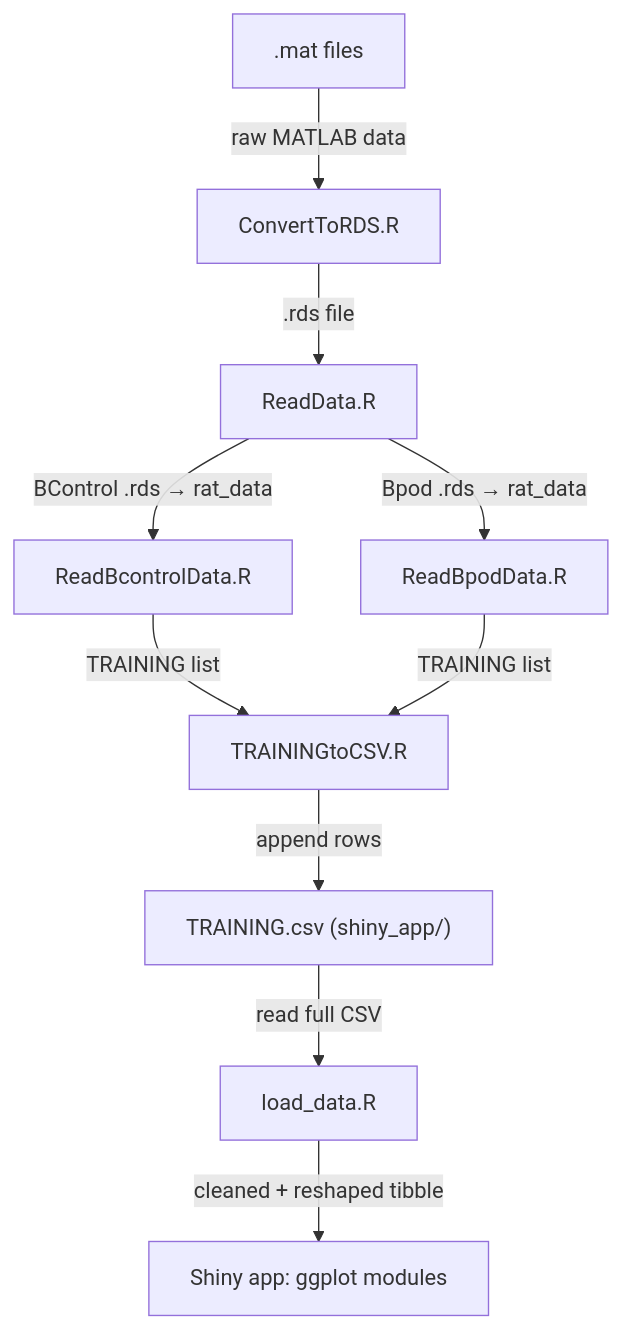
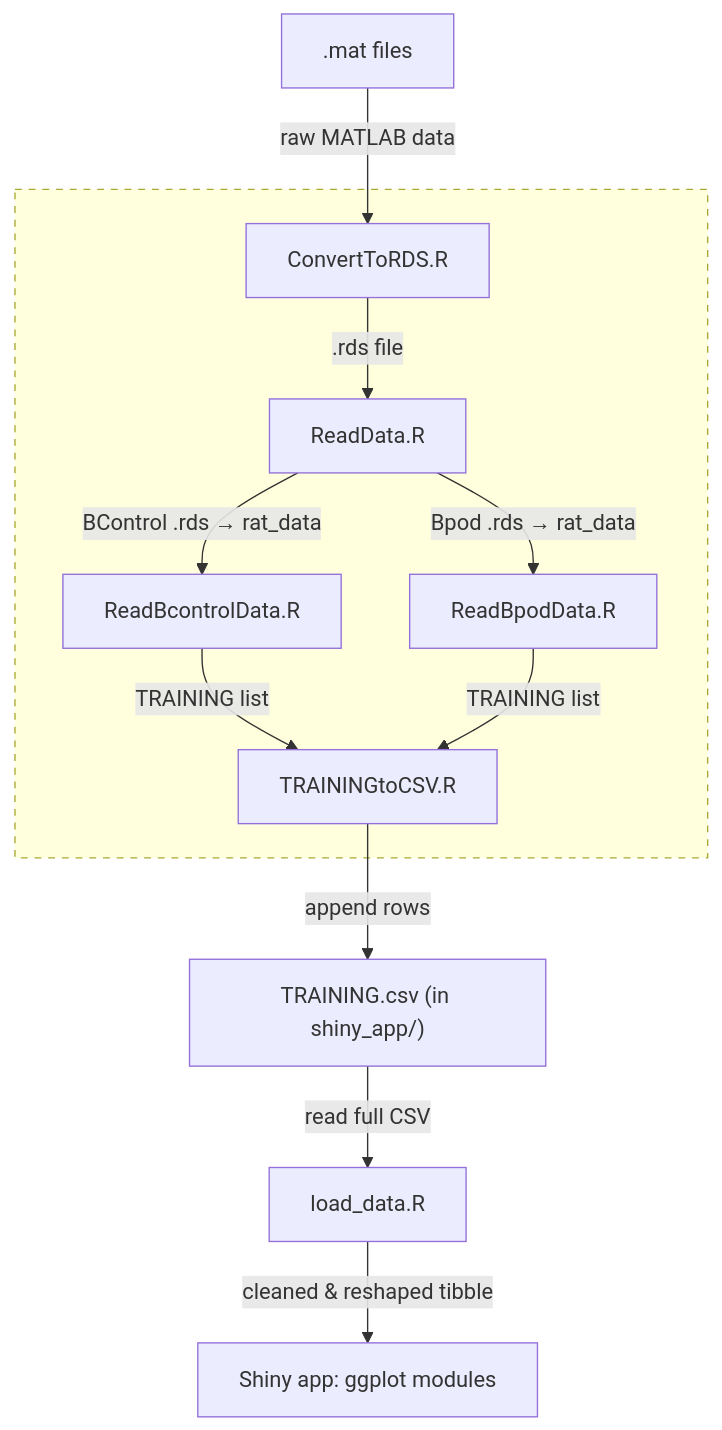
One commit to LIMLabSWC/shiny-performance-tracking changed the diagram in docs/architecture.md. Above: the diagram before and after it, drawn with Mermaid.

Commit message:
update mermaid graph

````diff
--- a/docs/architecture.md
+++ b/docs/architecture.md
@@ -25,16 +25,30 @@
 ```mermaid
+%% Legend:
+%% • Rectangles = R scripts
+%% • Arrows = data flow (inputs/outputs)
+%% • Dashed box = group of steps executed inside ExtractSaveData.R
+
 graph TD
 
+  %% Raw input
   A[.mat files] -->|raw MATLAB data| B[ConvertToRDS.R]
-  B -->|.rds file| C[ReadData.R]
 
-  C -->|BControl .rds → rat_data| D[ReadBcontrolData.R]
-  C -->|Bpod .rds → rat_data| E[ReadBpodData.R]
+  %% ExtractSaveData.R wrapper
+  subgraph ExtractSaveData.R [ ]
+    style ExtractSaveData.R stroke-dasharray: 5 5
 
-  D -->|TRAINING list| F[TRAININGtoCSV.R]
-  E -->|TRAINING list| F
+    B -->|.rds file| C[ReadData.R]
 
-  F -->|append rows| G["TRAINING.csv (shiny_app/)"]
+    C -->|BControl .rds → rat_data| D[ReadBcontrolData.R]
+    C -->|Bpod .rds → rat_data| E[ReadBpodData.R]
+
+    D -->|TRAINING list| F[TRAININGtoCSV.R]
+    E -->|TRAINING list| F
+  end
+
+  %% Output and downstream
+  F -->|append rows| G["TRAINING.csv (in shiny_app/)"]
   G -->|read full CSV| H[load_data.R]
-  H -->|cleaned + reshaped tibble| I[Shiny app: ggplot modules]
+  H -->|cleaned & reshaped tibble| I[Shiny app: ggplot modules]
+
 ```
````
